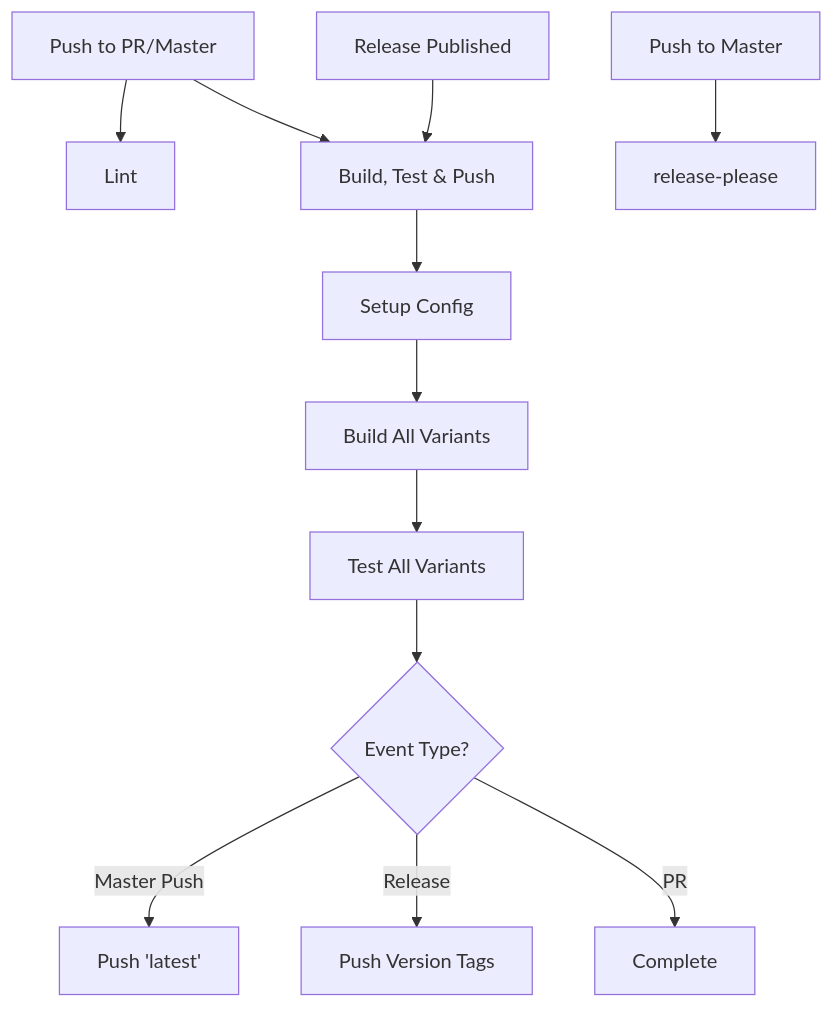
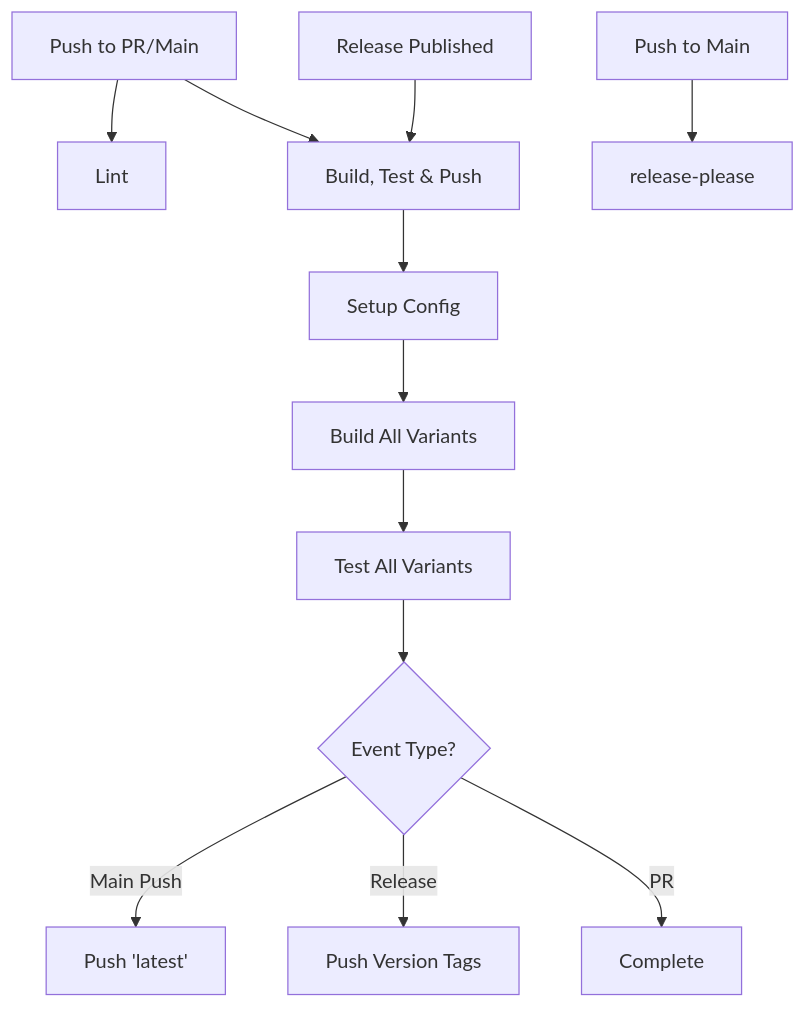
The diagram in .github/WORKFLOWS.md (bgauduch/call-of-duty-2-docker-server), drawn with Mermaid before and after one commit. The commit also changed other lines of this file and 10 other files, not shown here.

First line of the commit message:
chore: migrate default branch from master to main

````diff
--- a/.github/WORKFLOWS.md
+++ b/.github/WORKFLOWS.md
@@ -11,15 +11,15 @@
 ```mermaid
 graph TD
-    A[Push to PR/Master] --> B[Lint]
+    A[Push to PR/Main] --> B[Lint]
     A --> C[Build, Test & Push]
     D[Release Published] --> C
-    E[Push to Master] --> F[release-please]
+    E[Push to Main] --> F[release-please]
 
     C --> G[Setup Config]
     G --> H[Build All Variants]
     H --> I[Test All Variants]
     I --> J{Event Type?}
-    J -->|Master Push| K[Push 'latest']
+    J -->|Main Push| K[Push 'latest']
     J -->|Release| L[Push Version Tags]
     J -->|PR| M[Complete]
 ```
````
